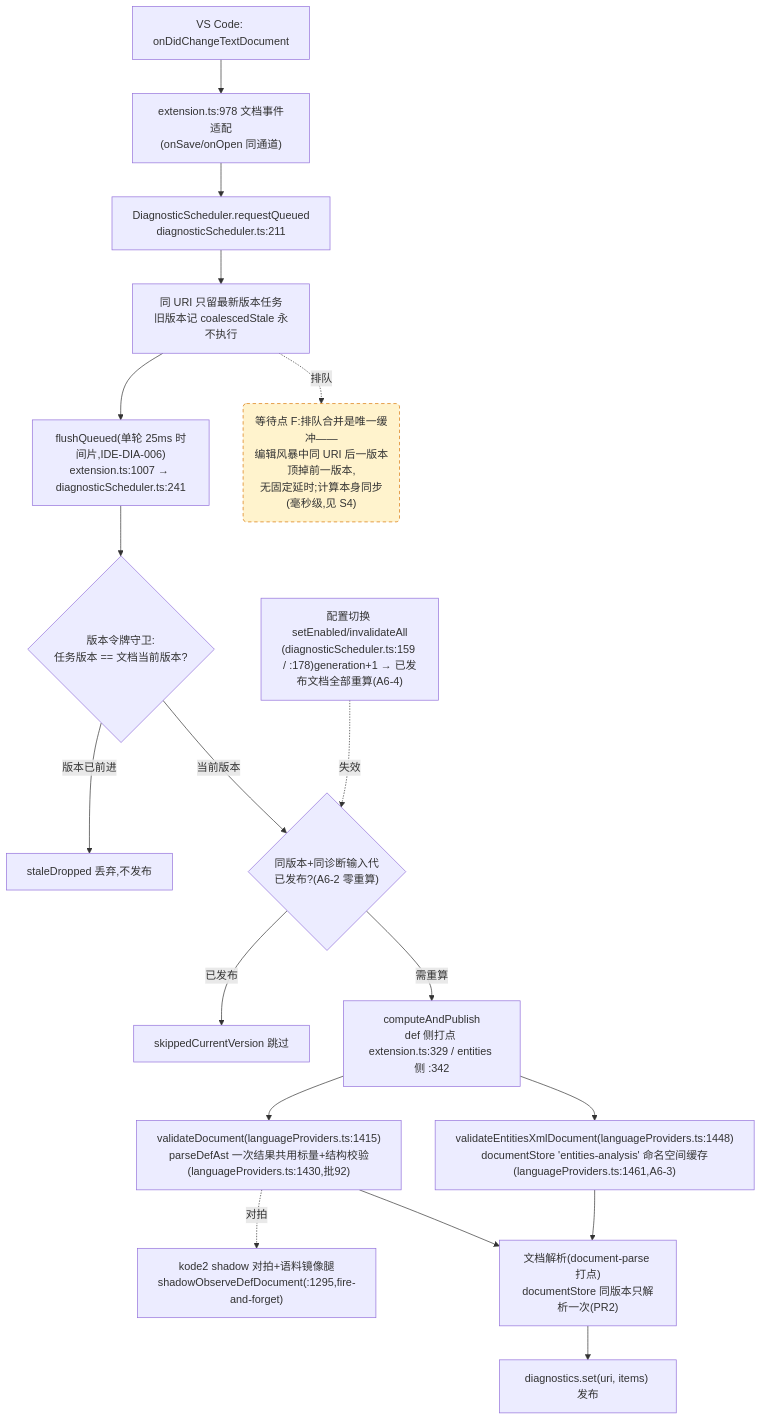
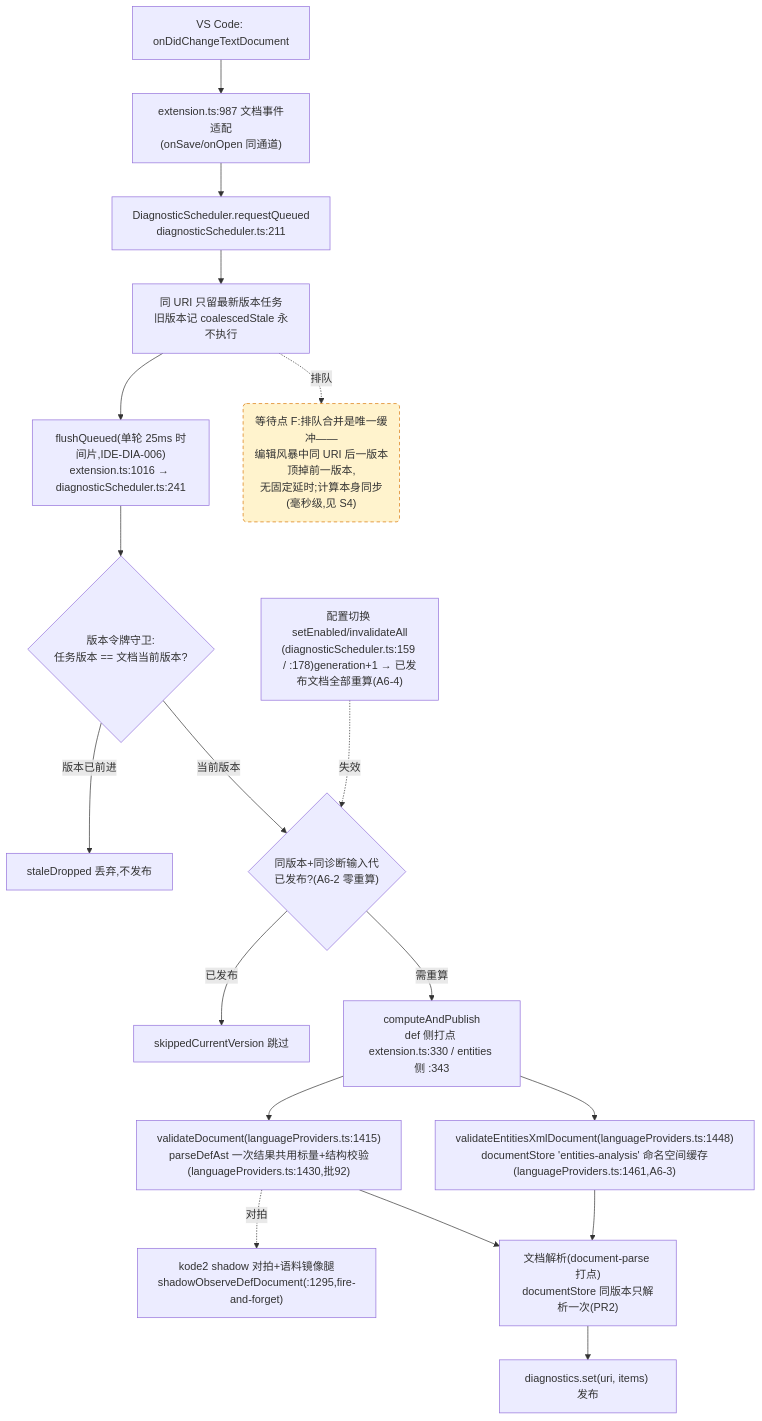
One commit to cuihairu/kode changed the fourth of 4 diagrams in docs/perf/2026-baseline.md. Above: the diagram before and after it, drawn with Mermaid. The commit also changed other lines of this file and 6 other files, not shown here.

````diff
--- a/docs/perf/2026-baseline.md
+++ b/docs/perf/2026-baseline.md
@@ -214,38 +214,38 @@
 ```mermaid
 flowchart TD
   CHG["VS Code: onDidChangeTextDocument"]
-  WATCH["extension.ts:978 文档事件适配<br/>(onSave/onOpen 同通道)"]
+  WATCH["extension.ts:987 文档事件适配<br/>(onSave/onOpen 同通道)"]
   RQ["DiagnosticScheduler.requestQueued<br/>diagnosticScheduler.ts:211"]
   CO["同 URI 只留最新版本任务<br/>旧版本记 coalescedStale 永不执行"]
-  FL["flushQueued(单轮 25ms 时间片,IDE-DIA-006)<br/>extension.ts:1007 → diagnosticScheduler.ts:241"]
+  FL["flushQueued(单轮 25ms 时间片,IDE-DIA-006)<br/>extension.ts:1016 → diagnosticScheduler.ts:241"]
   VG{"版本令牌守卫:<br/>任务版本 == 文档当前版本?"}
   DROP["staleDropped 丢弃,不发布"]
   GEN{"同版本+同诊断输入代<br/>已发布?(A6-2 零重算)"}
   SKIP["skippedCurrentVersion 跳过"]
-  CALC["computeAndPublish<br/>def 侧打点 extension.ts:329 / entities 侧 :342"]
+  CALC["computeAndPublish<br/>def 侧打点 extension.ts:330 / entities 侧 :343"]
   VD["validateDocument(languageProviders.ts:1415)<br/>parseDefAst 一次结果共用标量+结构校验(languageProviders.ts:1430,批92)"]
   VEX["validateEntitiesXmlDocument(languageProviders.ts:1448)<br/>documentStore 'entities-analysis' 命名空间缓存(languageProviders.ts:1461,A6-3)"]
   SHDD["kode2 shadow 对拍+语料镜像腿<br/>shadowObserveDefDocument(:1295,fire-and-forget)"]
   DS["文档解析(document-parse 打点)<br/>documentStore 同版本只解析一次(PR2)"]
   PUB["diagnostics.set(uri, items) 发布"]
   CFG2["配置切换 setEnabled/invalidateAll<br/>(diagnosticScheduler.ts:159 / :178)generation+1 → 已发布文档全部重算(A6-4)"]
 
   CHG --> WATCH --> RQ --> CO --> FL --> VG
   VG -- "版本已前进" --> DROP
   VG -- "当前版本" --> GEN
   GEN -- "已发布" --> SKIP
   GEN -- "需重算" --> CALC
   CALC --> VD
   CALC --> VEX
   VD --> DS
   VEX --> DS
   DS --> PUB
   VD -.->|对拍| SHDD
   CFG2 -.->|失效| GEN
 
   WAITF("等待点 F:排队合并是唯一缓冲——<br/>编辑风暴中同 URI 后一版本顶掉前一版本,<br/>无固定延时;计算本身同步(毫秒级,见 S4)")
   CO -.->|排队| WAITF
 
   classDef waitPoint fill:#fff3cd,stroke:#d97706,stroke-dasharray:5 4;
   class WAITF waitPoint;
 ```
````
